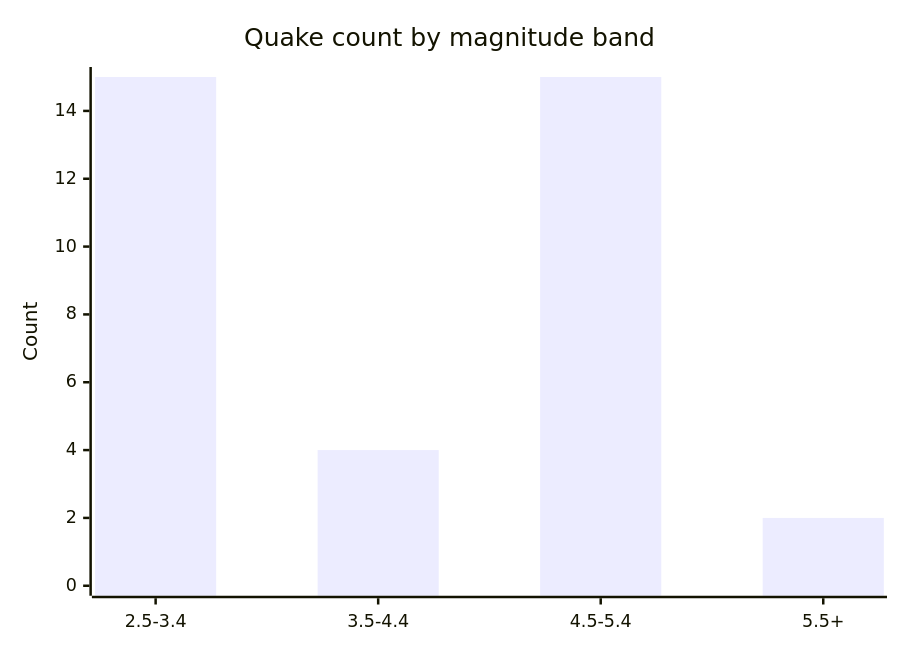
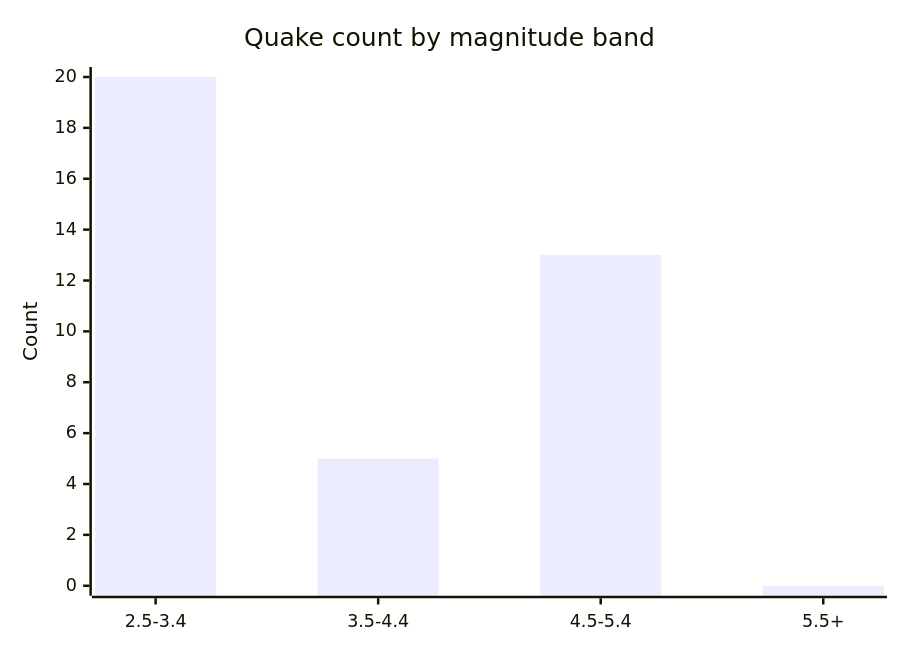
Before and after one commit to Midwest-Stratospheric/aerostratospheric-defense-gir: the fifth of 6 diagrams in docs/GRAPHS.md, drawn with Mermaid. The commit also changed other lines of this file and 23 other files, not shown here.

````diff
--- a/docs/GRAPHS.md
+++ b/docs/GRAPHS.md
@@ -82,7 +82,7 @@
 ```mermaid
 xychart-beta
   title "Quake count by magnitude band"
   x-axis ["2.5-3.4", "3.5-4.4", "4.5-5.4", "5.5+"]
-  y-axis "Count" 0 --> 15
-  bar [15, 4, 15, 2]
+  y-axis "Count" 0 --> 20
+  bar [20, 5, 13, 0]
 ```
````
